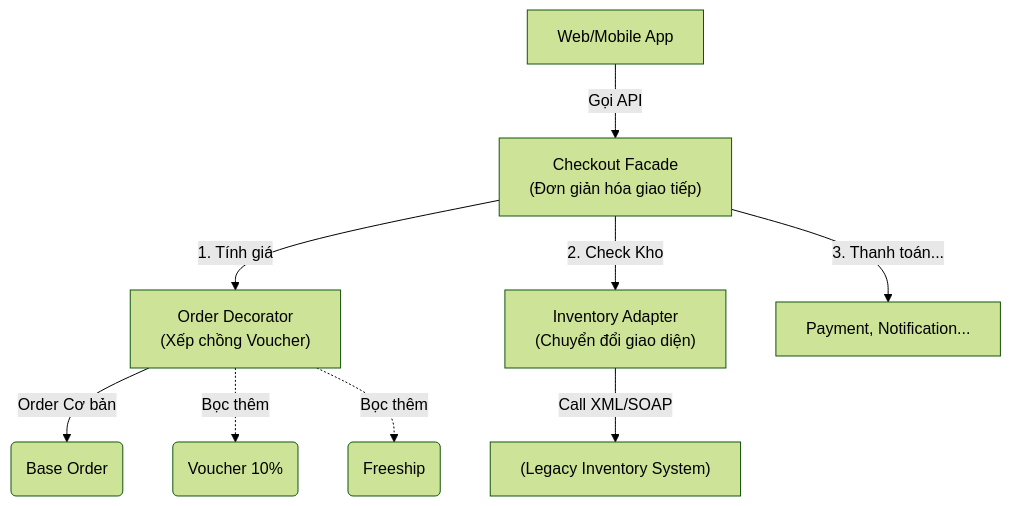
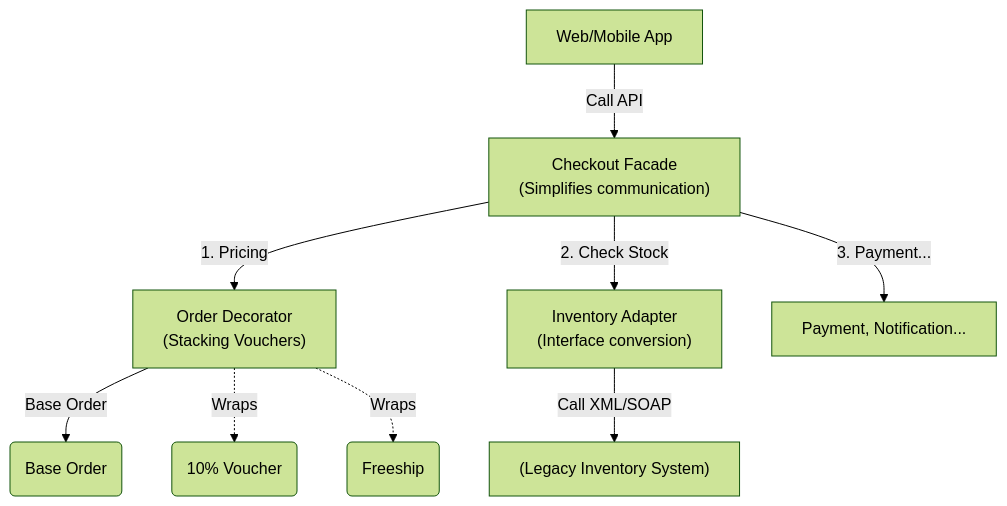
The diagram in src/data/blog/en/85-2026-08-13-design-pattern-12-structural-patterns-use-case-analysis.md (ga2631/ga2631.github.io), drawn with Mermaid (forest theme) before and after one commit. The commit also changed other lines of this file and 74 other files, not shown here.

````diff
--- a/src/data/blog/en/85-2026-08-13-design-pattern-12-structural-patterns-use-case-analysis.md
+++ b/src/data/blog/en/85-2026-08-13-design-pattern-12-structural-patterns-use-case-analysis.md
@@ -25,14 +25,14 @@
 ```mermaid
 flowchart TD
-  Client["Web/Mobile App"] --> |Gọi API| Facade["Checkout Facade\n(Đơn giản hóa giao tiếp)"]
+  Client["Web/Mobile App"] --> |Call API| Facade["Checkout Facade\n(Simplifies communication)"]
 
-  Facade --> |1. Tính giá| Decorator["Order Decorator\n(Xếp chồng Voucher)"]
-  Decorator --> |Order Cơ bản| BaseOrder(Base Order)
-  Decorator -.-> |Bọc thêm| Voucher1(Voucher 10%)
-  Decorator -.-> |Bọc thêm| Voucher2(Freeship)
+  Facade --> |1. Pricing| Decorator["Order Decorator\n(Stacking Vouchers)"]
+  Decorator --> |Base Order| BaseOrder(Base Order)
+  Decorator -.-> |Wraps| Voucher1(10% Voucher)
+  Decorator -.-> |Wraps| Voucher2(Freeship)
 
-  Facade --> |2. Check Kho| Adapter["Inventory Adapter\n(Chuyển đổi giao diện)"]
+  Facade --> |2. Check Stock| Adapter["Inventory Adapter\n(Interface conversion)"]
   Adapter --> |Call XML/SOAP| Legacy["(Legacy Inventory System)"]
 
-  Facade --> |3. Thanh toán...| Other["Payment, Notification..."]
+  Facade --> |3. Payment...| Other["Payment, Notification..."]
 ```
````
